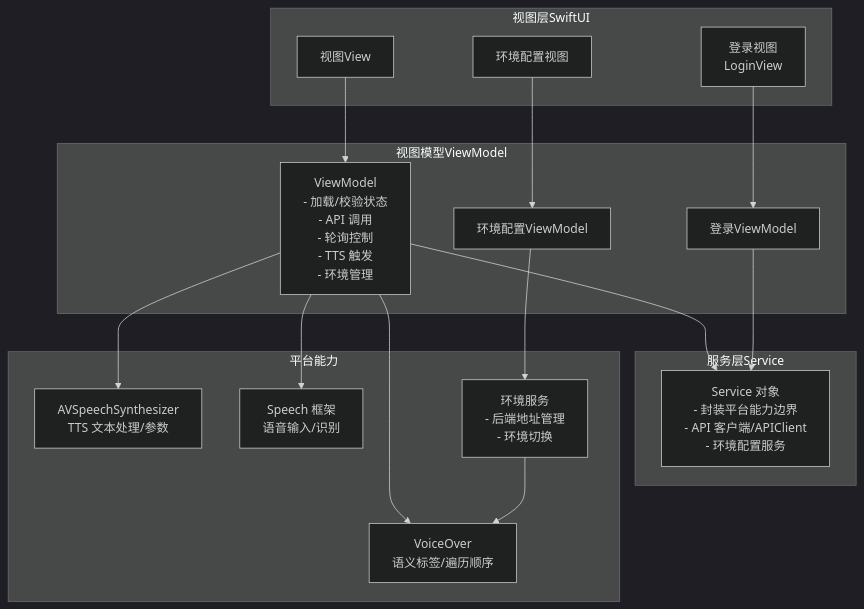
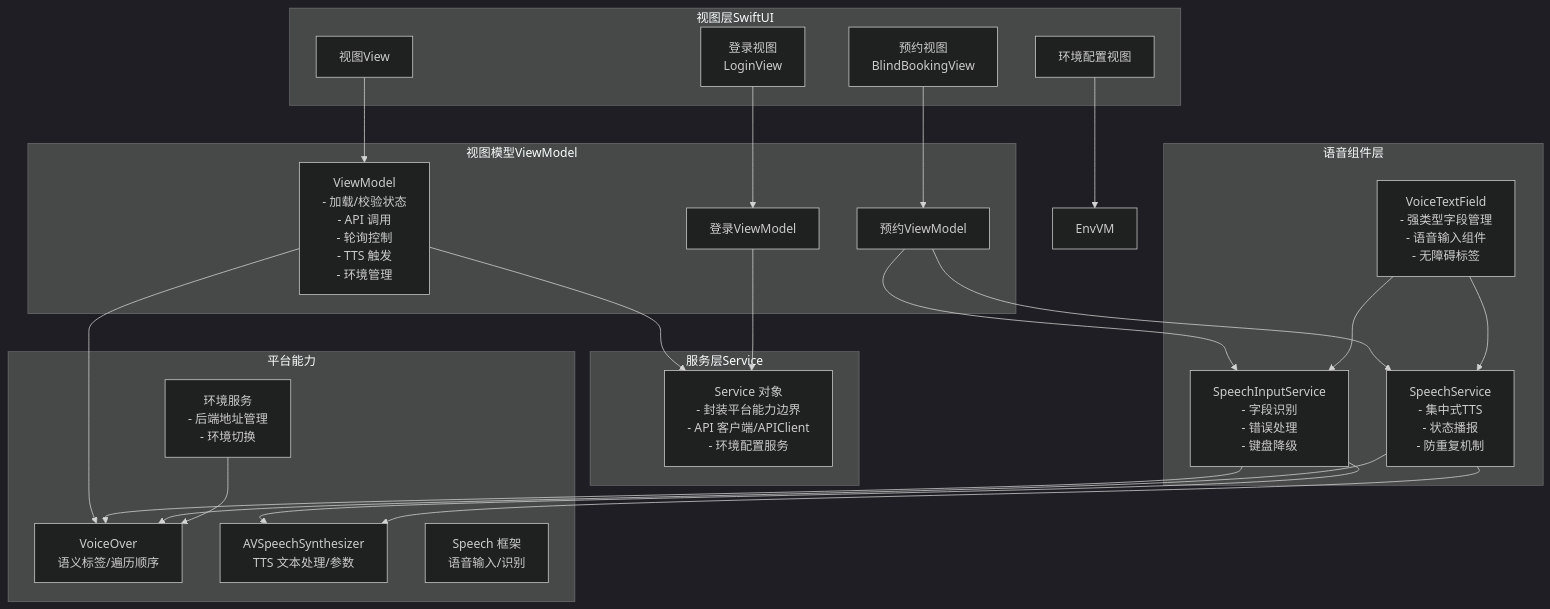
Before and after one commit to Jayden23018/blind-run-ios: the second of 3 diagrams in .qoder/repowiki/zh/content/核心功能模块/无障碍语音系统.md, drawn with Mermaid (dark theme). The commit also changed other lines of this file and 5 other files, not shown here.

````diff
--- a/.qoder/repowiki/zh/content/核心功能模块/无障碍语音系统.md
+++ b/.qoder/repowiki/zh/content/核心功能模块/无障碍语音系统.md
@@ -124,32 +150,44 @@
 ```mermaid
 graph TB
 subgraph "视图层SwiftUI"
 Views["视图View"]
 LoginView["登录视图<br/>LoginView"]
 EnvView["环境配置视图"]
+BookingView["预约视图<br/>BlindBookingView"]
 end
 subgraph "视图模型ViewModel"
 VM["ViewModel<br/>- 加载/校验状态<br/>- API 调用<br/>- 轮询控制<br/>- TTS 触发<br/>- 环境管理"]
 LoginVM["登录ViewModel"]
-EnvVM["环境配置ViewModel"]
+BookingVM["预约ViewModel"]
+end
+subgraph "语音组件层"
+VTF["VoiceTextField<br/>- 强类型字段管理<br/>- 语音输入组件<br/>- 无障碍标签"]
+SIS["SpeechInputService<br/>- 字段识别<br/>- 错误处理<br/>- 键盘降级"]
+SS["SpeechService<br/>- 集中式TTS<br/>- 状态播报<br/>- 防重复机制"]
 end
 subgraph "服务层Service"
 Svc["Service 对象<br/>- 封装平台能力边界<br/>- API 客户端/APIClient<br/>- 环境配置服务"]
 end
 subgraph "平台能力"
 VO["VoiceOver<br/>语义标签/遍历顺序"]
 TTS["AVSpeechSynthesizer<br/>TTS 文本处理/参数"]
 STT["Speech 框架<br/>语音输入/识别"]
 EnvSvc["环境服务<br/>- 后端地址管理<br/>- 环境切换"]
 end
 Views --> VM
 LoginView --> LoginVM
 EnvView --> EnvVM
+BookingView --> BookingVM
 VM --> Svc
 LoginVM --> Svc
-EnvVM --> EnvSvc
-VM --> TTS
-VM --> STT
+BookingVM --> SIS
+BookingVM --> SS
+VTF --> SIS
+VTF --> SS
+SIS --> TTS
+SS --> TTS
 VM --> VO
+SIS --> VO
+SS --> VO
 EnvSvc --> VO
 ```
````
